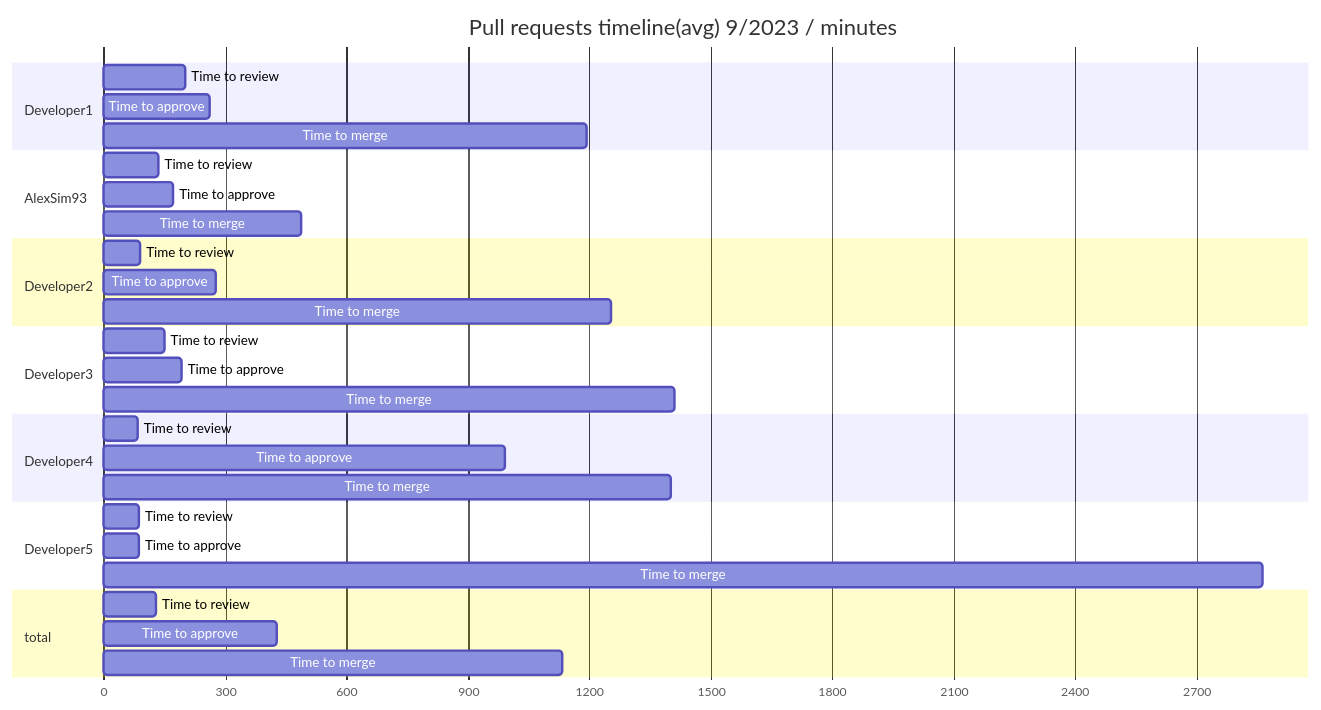
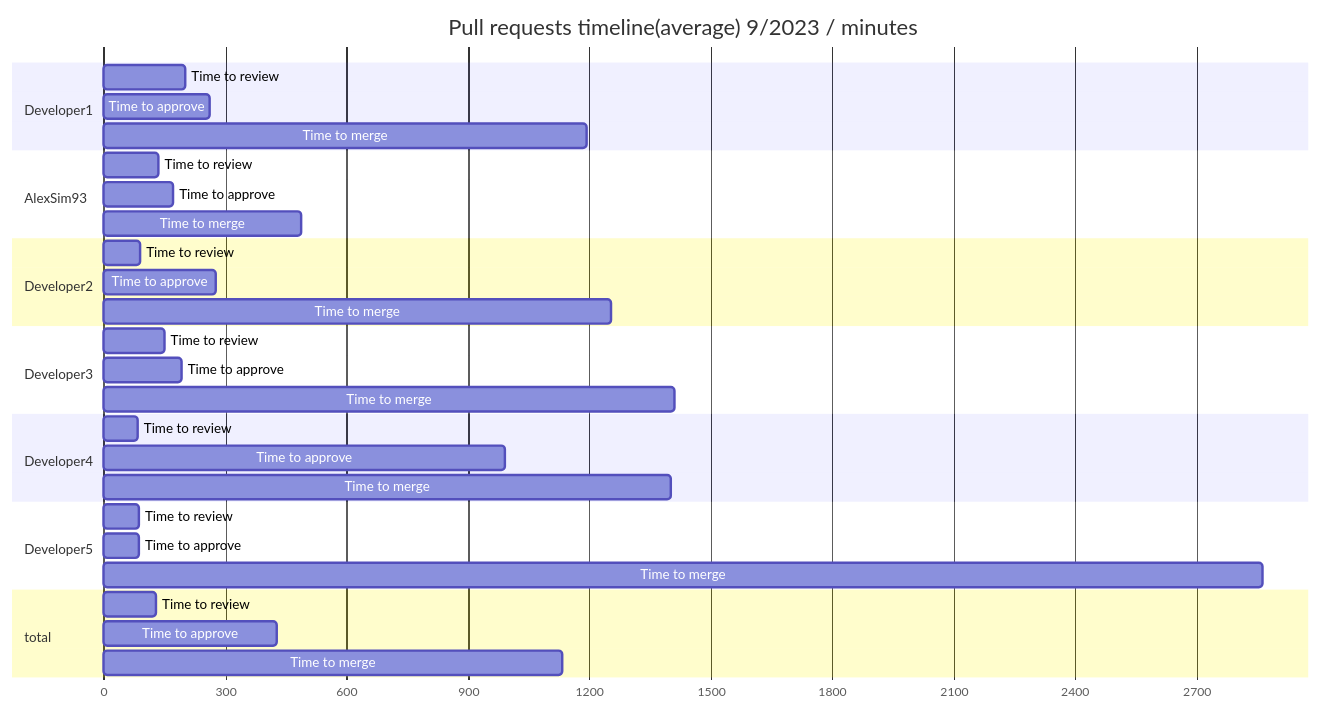
One commit to AlexSim93/pull-request-analytics-action changed the seventh of 12 diagrams in examples/periodReport.md. Above: the diagram before and after it, drawn with Mermaid. The commit also changed other lines of this file and 12 other files, not shown here.

````diff
--- a/examples/periodReport.md
+++ b/examples/periodReport.md
@@ -368,41 +368,41 @@
 ```mermaid
 gantt
-title Pull requests timeline(avg) 9/2023 / minutes
+title Pull requests timeline(average) 9/2023 / minutes
 dateFormat X
 axisFormat %s
 section Developer1
                 Time to review :  0, 201
 Time to approve :  0, 263
 Time to merge :  0, 1194
 
 section AlexSim93
                 Time to review :  0, 137
 Time to approve :  0, 172
 Time to merge :  0, 489
 
 section Developer2
                 Time to review :  0, 90
 Time to approve :  0, 277
 Time to merge :  0, 1253
 
 section Developer3
                 Time to review :  0, 152
 Time to approve :  0, 194
 Time to merge :  0, 1409
 
 section Developer4
                 Time to review :  0, 83
 Time to approve :  0, 990
 Time to merge :  0, 1401
 
 section Developer5
                 Time to review :  0, 88
 Time to approve :  0, 88
 Time to merge :  0, 2863
 
 section total
                 Time to review :  0, 131
 Time to approve :  0, 427
 Time to merge :  0, 1134
 
 ```
````
